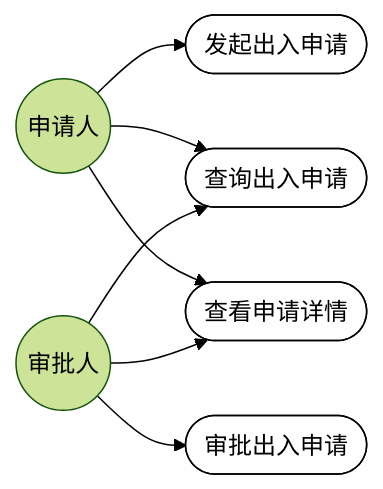
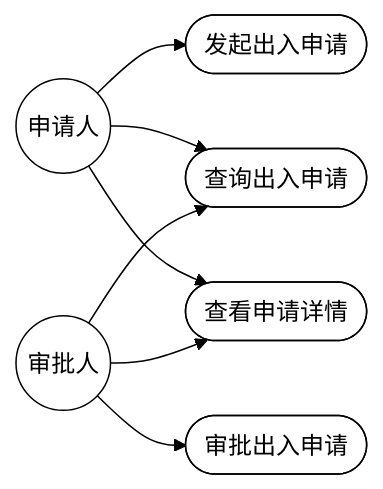
One commit to carl-Tu/campus-management changed the third of 24 diagrams in docs/功能需求分析与用例图.md. Above: the diagram before and after it, drawn with Mermaid (forest theme). The commit also changed other lines of this file, not shown here.

Commit message:
fix：图形统一白色背景黑色边框，样式覆盖全部节点

````diff
--- a/docs/功能需求分析与用例图.md
+++ b/docs/功能需求分析与用例图.md
@@ -71,19 +71,19 @@
 ```mermaid
 flowchart LR
   Applicant(("申请人"))
   Approver(("审批人"))
   UC1(["发起出入申请"])
   UC2(["查询出入申请"])
   UC3(["查看申请详情"])
   UC4(["审批出入申请"])
 
   Applicant --> UC1
   Applicant --> UC2
   Applicant --> UC3
   Approver --> UC2
   Approver --> UC3
   Approver --> UC4
 
   classDef uc fill:#ffffff,stroke:#000000,stroke-width:1px,color:#000000
-  class UC1,UC2,UC3,UC4 uc
+  class Applicant,Approver,UC1,UC2,UC3,UC4 uc
 ```
````
